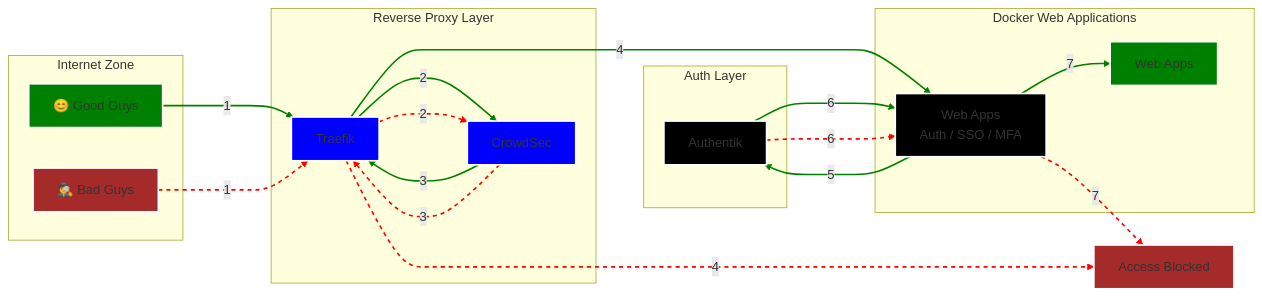
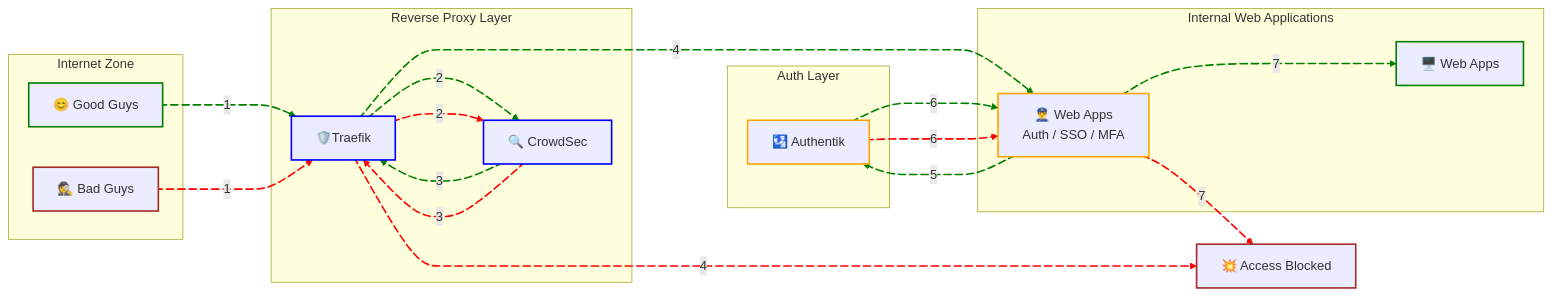
Before and after one commit to avnit/mediastack: the fifth of 6 diagrams in base-working-files/README.md, drawn with Mermaid. The commit also changed other lines of this file and 4 other files, not shown here.

Commit message:
Update network architecture diagrams

````diff
--- a/base-working-files/README.md
+++ b/base-working-files/README.md
@@ -531,54 +733,71 @@
 ``` mermaid
 flowchart LR
   subgraph subGraph0["Internet Zone"]
-    goodguy["&#128522 Good Guys"]
-    badguy["&#128373 Bad Guys"]
+    goodguy["😊 Good Guys"]
+    badguy["🕵 Bad Guys"]
   end
   subgraph subGraph1["Reverse Proxy Layer"]
-    traefik["Traefik"]
-    crowdsec["CrowdSec"]
+    traefik["🛡️Traefik"]
+    crowdsec["🔍 CrowdSec"]
   end
   subgraph subGraph2["Auth Layer"]
-    auth["Authentik"]
+    auth["🛂 Authentik"]
   end
-  subgraph subGraph3["Docker Web Applications"]
-    webauth["Web Apps<p>Auth / SSO / MFA"]
-    webapp["Web Apps"]
+  subgraph subGraph3["Internal Web Applications"]
+    webauth["👮‍♂️ Web Apps<p>Auth / SSO / MFA</p>"]
+    webapp["🖥️ Web Apps"]
   end
-    block["Access Blocked"]
-    goodguy -- 1 ---> traefik
-    badguy -- 1 ---> traefik
-    traefik -- 2 ---> crowdsec & crowdsec
-    crowdsec -- 3 ---> traefik
-    crowdsec -. 3 .-> traefik
-    traefik -. 4 -.-> block
-    traefik -- 4 --> webauth
-    webauth -- 5 ---> auth
-    auth -- 6 ---> webauth
-    auth -. 6 .-> webauth
-    webauth -- 7 --> webapp
-    webauth -. 7 .-> block
-    crowdsec --- auth
-    style goodguy  fill:green,       stroke:white,      stroke-width:2px
-    style badguy   fill:brown,       stroke:white,      stroke-width:2px
-    style traefik  fill:blue,        stroke:white,      stroke-width:2px
-    style crowdsec fill:blue,        stroke:white,      stroke-width:2px
-    style webauth  fill:black,       stroke:white,      stroke-width:2px
-    style auth     fill:black,       stroke:white,      stroke-width:2px
-    style block    fill:brown,       stroke:white,      stroke-width:2px
-    style webapp   fill:green,       stroke:white,      stroke-width:2px
-    linkStyle 0 stroke:green,        stroke-width:2px,  fill:none
-    linkStyle 1 stroke:red,          stroke-width:2px,  fill:none,   stroke-dasharray:5,5
-    linkStyle 2 stroke:green,        stroke-width:2px,  fill:none
-    linkStyle 3 stroke:red,          stroke-width:2px,  fill:none,   stroke-dasharray:5,5
-    linkStyle 4 stroke:green,        stroke-width:2px,  fill:none
-    linkStyle 5 stroke:red,          stroke-width:2px,  fill:none,   stroke-dasharray:5,5
-    linkStyle 6 stroke:red,          stroke-width:2px,  fill:none,   stroke-dasharray:5,5
-    linkStyle 7 stroke:green,        stroke-width:2px,  fill:none
-    linkStyle 8 stroke:green,        stroke-width:2px,  fill:none
-    linkStyle 9 stroke:green,        stroke-width:2px,  fill:none
-    linkStyle 10 stroke:red,         stroke-width:2px,  fill:none,   stroke-dasharray:5,5
-    linkStyle 11 stroke:green,       stroke-width:2px,  fill:none
-    linkStyle 12 stroke:red,         stroke-width:2px,  fill:none,   stroke-dasharray:5,5
-    linkStyle 13 stroke:transparent, stroke-width:0, fill:none
+
+  block["💥 Access Blocked"]
+  goodguy  goodguy_traefik@     -- 1 ---> traefik
+  badguy   badguy_traefik@      -- 1 ---> traefik
+  traefik  traefik_crowdsec_0@  -- 2 ---> crowdsec
+  traefik  traefik_crowdsec_1@  -- 2 ---> crowdsec
+  crowdsec crowdsec_traefik_0@  -- 3 ---> traefik
+  crowdsec crowdsec_traefik_1@  -- 3 ---> traefik
+  traefik  traefik_block@       -- 4 ---> block
+  traefik  traefik_webauth@     -- 4 ---> webauth
+  webauth  webauth_auth@        -- 5 ---> auth
+  auth     auth_webauth_0@      -- 6 ---> webauth
+  auth     auth_webauth_1@      -- 6 ---> webauth
+  webauth  webauth_webapp@      -- 7 ---> webapp
+  webauth  webauth_block@       -- 7 -->  block
+  crowdsec ~~~~ auth
+
+  style goodguy   stroke:green,        stroke-width:2px
+  style badguy    stroke:brown,        stroke-width:2px
+  style traefik   stroke:blue,         stroke-width:2px
+  style crowdsec  stroke:blue,         stroke-width:2px
+  style auth      stroke:orange,       stroke-width:2px
+  style webauth   stroke:orange,       stroke-width:2px
+  style webapp    stroke:green,        stroke-width:2px
+  style block     stroke:brown,        stroke-width:2px
+  linkStyle 0     stroke:green,        stroke-width:2px
+  linkStyle 1     stroke:red,          stroke-width:2px,  stroke-dasharray:5
+  linkStyle 2     stroke:green,        stroke-width:2px
+  linkStyle 3     stroke:red,          stroke-width:2px,  stroke-dasharray:5
+  linkStyle 4     stroke:green,        stroke-width:2px
+  linkStyle 5     stroke:red,          stroke-width:2px,  stroke-dasharray:5
+  linkStyle 6     stroke:red,          stroke-width:2px,  stroke-dasharray:5
+  linkStyle 7     stroke:green,        stroke-width:2px
+  linkStyle 8     stroke:green,        stroke-width:2px
+  linkStyle 9     stroke:green,        stroke-width:2px
+  linkStyle 10    stroke:red,          stroke-width:2px,  stroke-dasharray:5
+  linkStyle 11    stroke:green,        stroke-width:2px
+  linkStyle 12    stroke:red,          stroke-width:2px,  stroke-dasharray:5
+
+  goodguy_traefik@{    animation: fast }
+  badguy_traefik@{     animation: slow }
+  traefik_crowdsec_0@{ animation: fast }
+  traefik_crowdsec_1@{ animation: slow }
+  crowdsec_traefik_0@{ animation: fast }
+  crowdsec_traefik_1@{ animation: slow }
+  traefik_block@{      animation: slow }
+  traefik_webauth@{    animation: fast }
+  webauth_auth@{       animation: fast }
+  auth_webauth_0@{     animation: fast }
+  auth_webauth_1@{     animation: slow }
+  webauth_webapp@{     animation: fast }
+  webauth_block@{      animation: slow }
+ 
 ```
````
